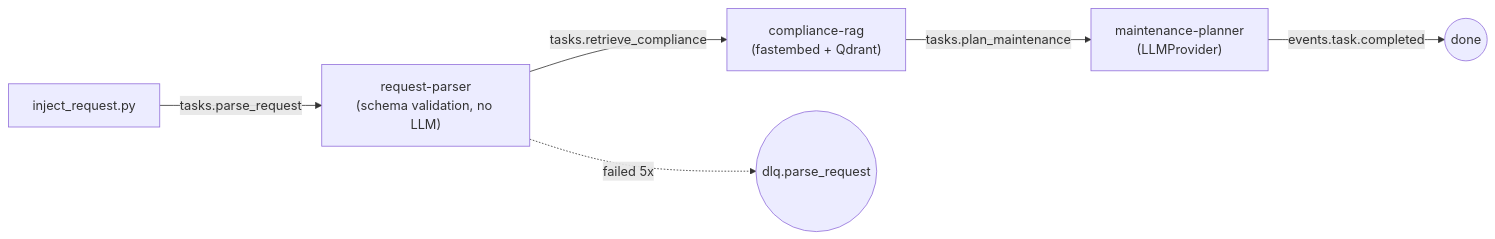
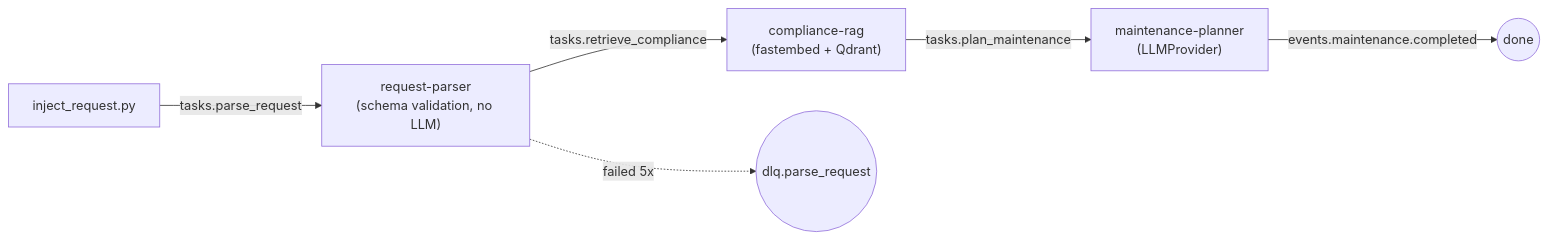
The second of 2 diagrams in README.md (d4nom/agentmesh), drawn with Mermaid before and after one commit. The commit also changed other lines of this file and 48 other files, not shown here.

````diff
--- a/README.md
+++ b/README.md
@@ -332,9 +425,9 @@
 ```mermaid
 flowchart LR
     inject["inject_request.py"] -->|tasks.parse_request| request_parser["request-parser\n(schema validation, no LLM)"]
     request_parser -->|tasks.retrieve_compliance| compliance_rag["compliance-rag\n(fastembed + Qdrant)"]
     compliance_rag -->|tasks.plan_maintenance| maintenance_planner["maintenance-planner\n(LLMProvider)"]
-    maintenance_planner -->|events.task.completed| done(("done"))
+    maintenance_planner -->|events.maintenance.completed| done(("done"))
 
     request_parser -.->|failed 5x| dlq(("dlq.parse_request"))
 ```
````
